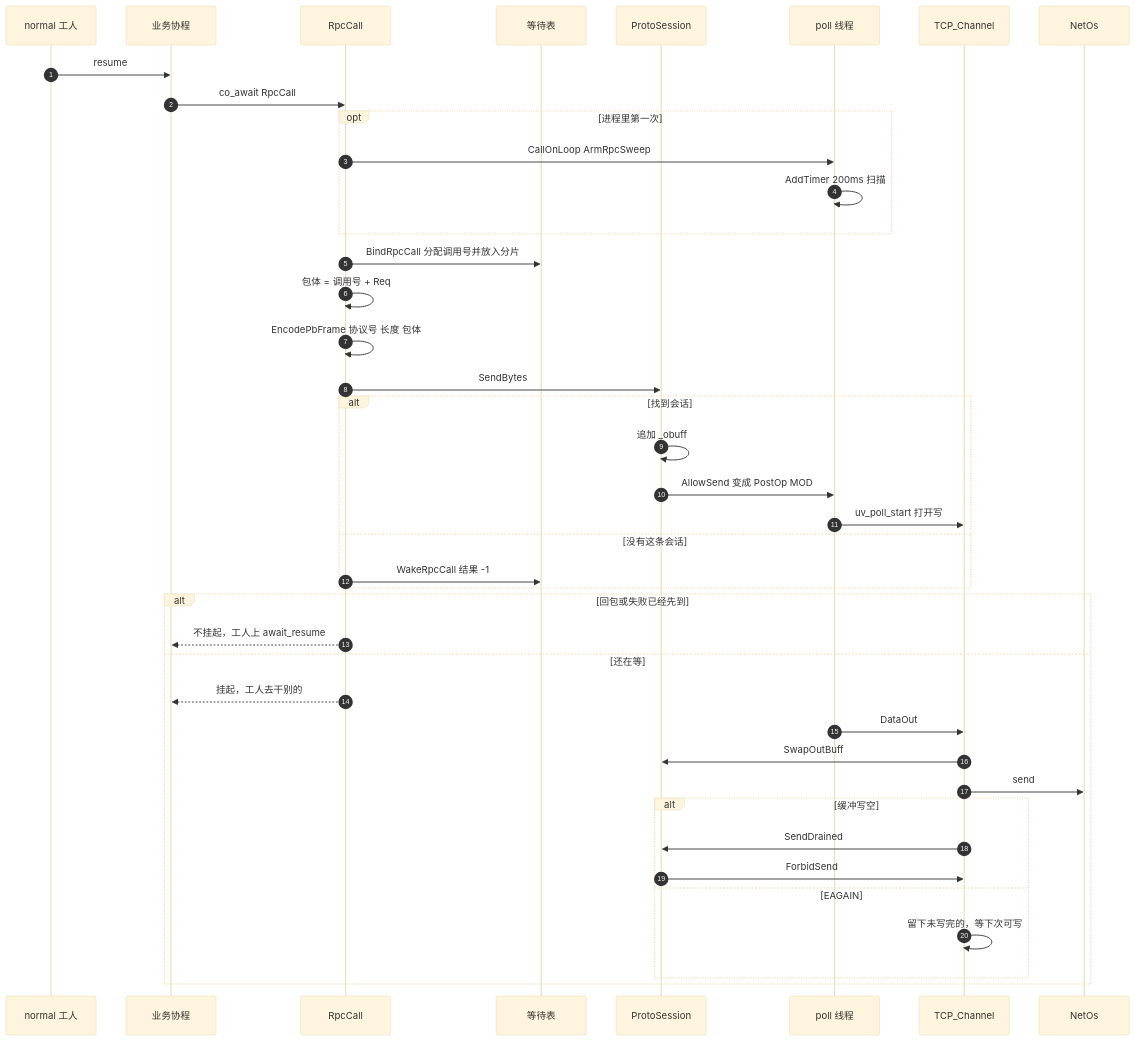
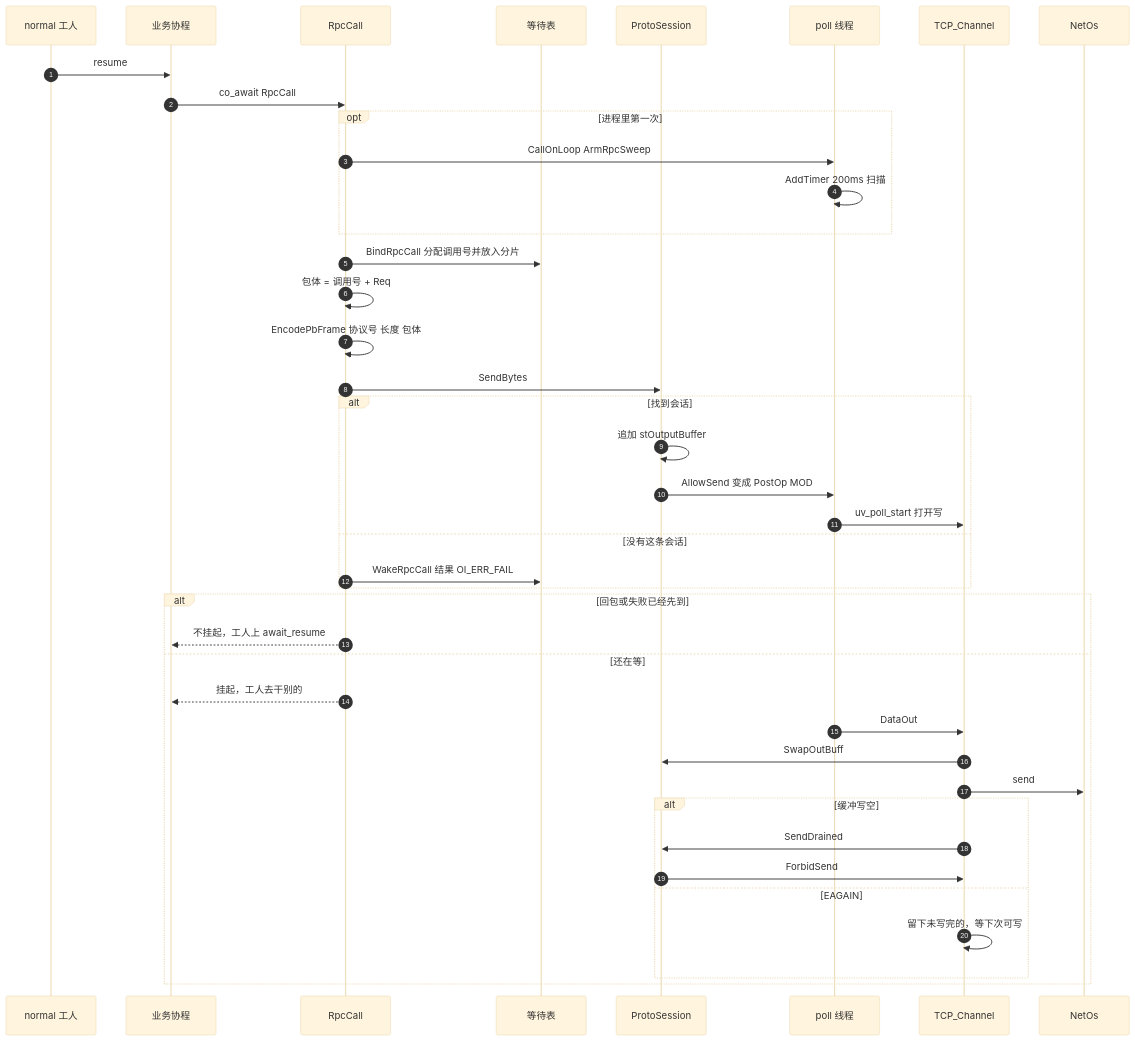
The diagram in docs/sequence-diagram/multi-thread/send.md (orikiaru/openidea), drawn with Mermaid (base theme) before and after one commit. The commit also changed other lines of this file and 48 other files, not shown here.

````diff
--- a/docs/sequence-diagram/multi-thread/send.md
+++ b/docs/sequence-diagram/multi-thread/send.md
@@ -7,44 +9,44 @@
 ```mermaid
 sequenceDiagram
     autonumber
     participant Worker as normal 工人
     participant Biz as 业务协程
     participant Call as RpcCall
     participant Wait as 等待表
     participant Sess as ProtoSession
     participant Poll as poll 线程
     participant Tcp as TCP_Channel
     participant Os as NetOs
 
     Worker->>Biz: resume
     Biz->>Call: co_await RpcCall
     opt 进程里第一次
         Call->>Poll: CallOnLoop ArmRpcSweep
         Poll->>Poll: AddTimer 200ms 扫描
     end
     Call->>Wait: BindRpcCall 分配调用号并放入分片
     Call->>Call: 包体 = 调用号 + Req
     Call->>Call: EncodePbFrame 协议号 长度 包体
     Call->>Sess: SendBytes
     alt 找到会话
-        Sess->>Sess: 追加 _obuff
+        Sess->>Sess: 追加 stOutputBuffer
         Sess->>Poll: AllowSend 变成 PostOp MOD
         Poll->>Tcp: uv_poll_start 打开写
     else 没有这条会话
-        Call->>Wait: WakeRpcCall 结果 -1
+        Call->>Wait: WakeRpcCall 结果 OI_ERR_FAIL
     end
     alt 回包或失败已经先到
         Call-->>Biz: 不挂起，工人上 await_resume
     else 还在等
         Call-->>Biz: 挂起，工人去干别的
         Poll->>Tcp: DataOut
         Tcp->>Sess: SwapOutBuff
         Tcp->>Os: send
         alt 缓冲写空
             Tcp->>Sess: SendDrained
             Sess->>Tcp: ForbidSend
         else EAGAIN
             Tcp->>Tcp: 留下未写完的，等下次可写
         end
     end
 ```
````
